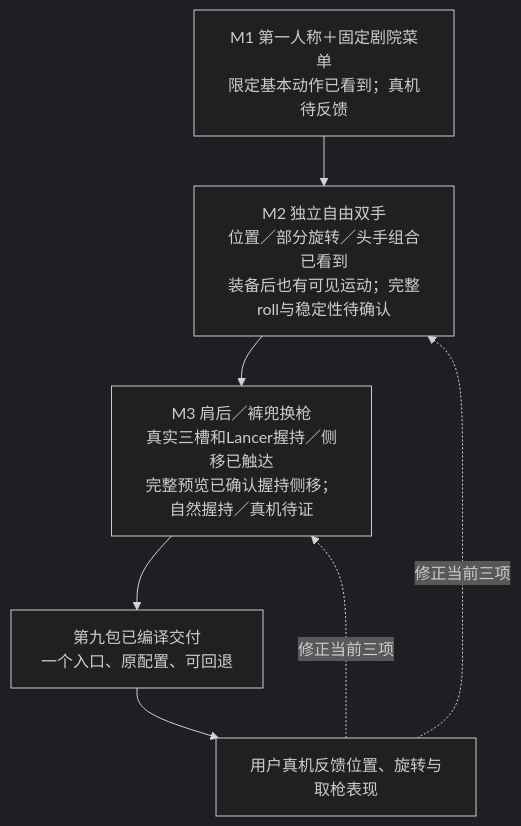
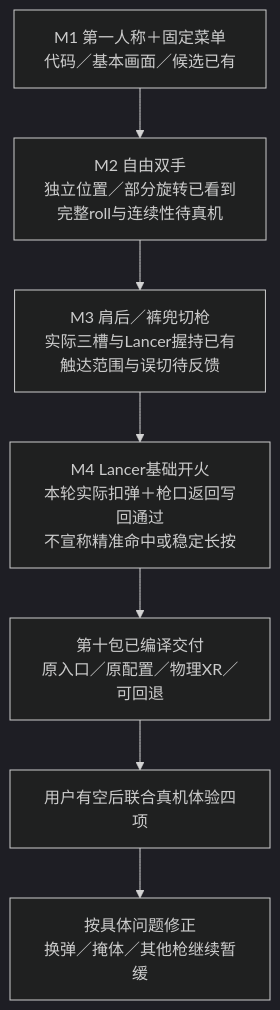
The first of 2 diagrams in docs/6dof-progress-dashboard.md (gjc9620/gears-vr), drawn with Mermaid (dark theme) before and after one commit. The commit also changed other lines of this file and 2 other files, not shown here.

````diff
--- a/docs/6dof-progress-dashboard.md
+++ b/docs/6dof-progress-dashboard.md
@@ -14,8 +14,8 @@
 ```mermaid
 flowchart TD
- A["M1 第一人称＋固定剧院菜单<br/>限定基本动作已看到；真机待反馈"] --> B["M2 独立自由双手<br/>位置／部分旋转／头手组合已看到<br/>装备后也有可见运动；完整roll与稳定性待确认"]
- B --> C["M3 肩后／裤兜换枪<br/>真实三槽和Lancer握持／侧移已触达<br/>完整预览已确认握持侧移；自然握持／真机待证"]
- C --> P["第九包已编译交付<br/>一个入口、原配置、可回退"] --> H["用户真机反馈位置、旋转与取枪表现"]
- H -.修正当前三项.-> B
- H -.修正当前三项.-> C
+ M1["M1 第一人称＋固定菜单<br/>代码／基本画面／候选已有"] --> M2["M2 自由双手<br/>独立位置／部分旋转已看到<br/>完整roll与连续性待真机"]
+ M2 --> M3["M3 肩后／裤兜切枪<br/>实际三槽与Lancer握持已有<br/>触达范围与误切待反馈"]
+ M3 --> M4["M4 Lancer基础开火<br/>本轮实际扣弹＋枪口返回写回通过<br/>不宣称精准命中或稳定长按"]
+ M4 --> P["第十包已编译交付<br/>原入口／原配置／物理XR／可回退"] --> H["用户有空后联合真机体验四项"]
+ H --> F["按具体问题修正<br/>换弹／掩体／其他枪继续暂缓"]
 ```
````
